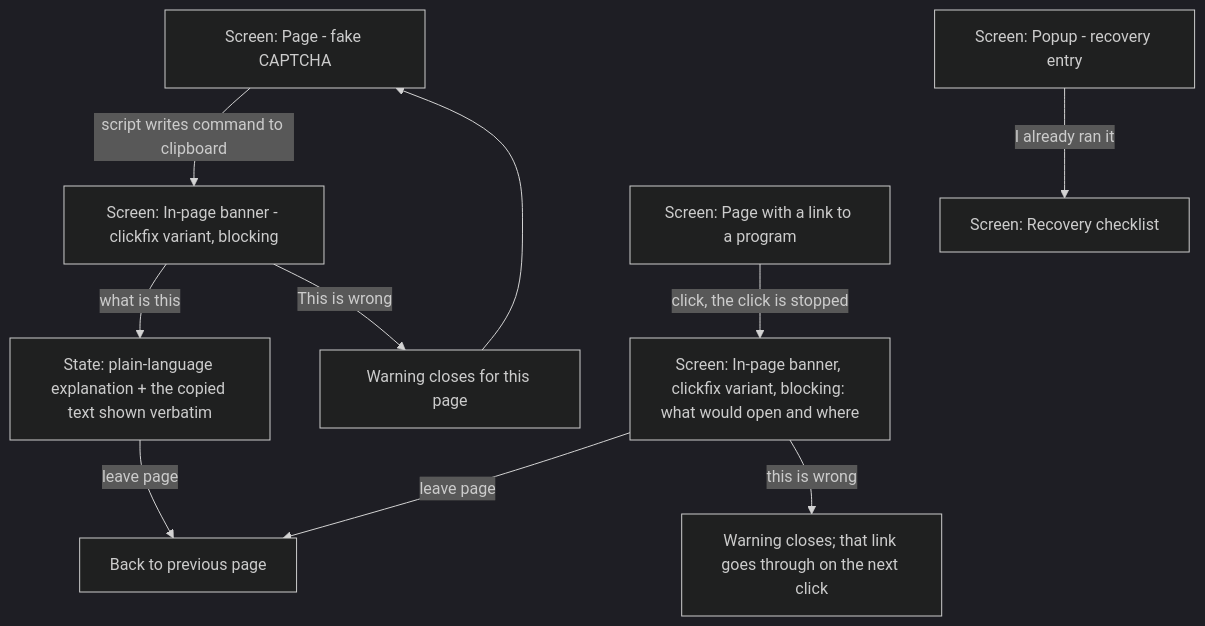
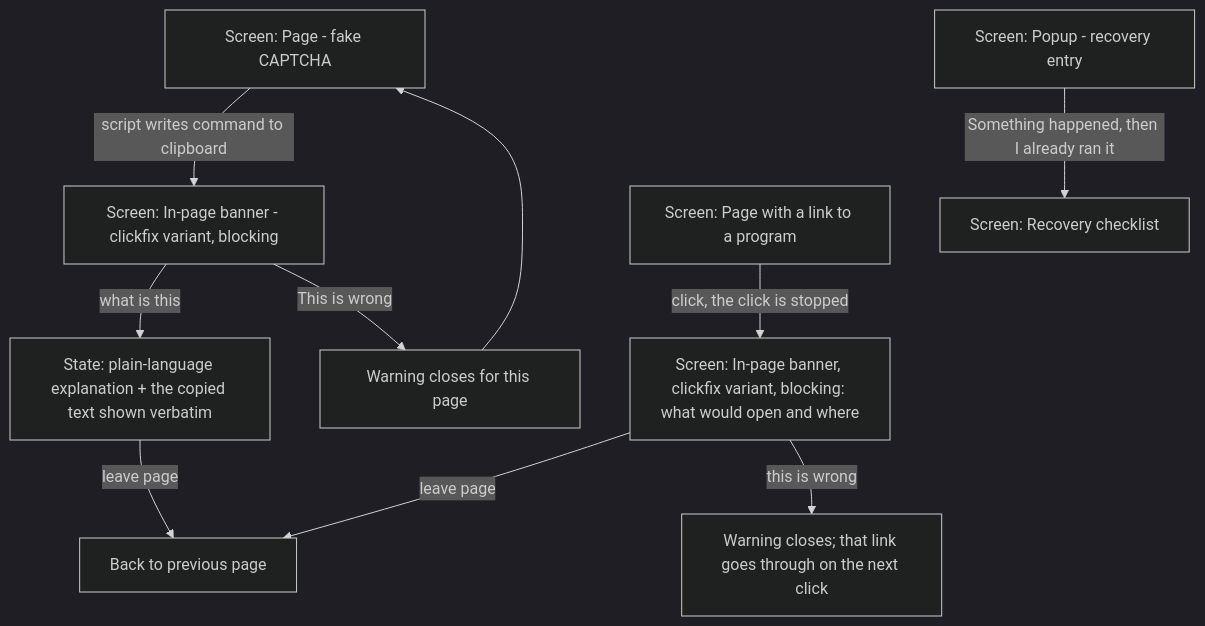
The sixth of 24 diagrams in docs/ux/flows.md (passioncode-ai/okolos), drawn with Mermaid (dark theme) before and after one commit. The commit also changed other lines of this file and 8 other files, not shown here.

Commit message:
fix(docs, journal): the N-107 risks: no file hash is said to leave, a deleted download is journalled, the flows say what the popup says (B-182)

````diff
--- a/docs/ux/flows.md
+++ b/docs/ux/flows.md
@@ -171,12 +171,12 @@
 ```mermaid
 flowchart TD
   A[Screen: Page - fake CAPTCHA] -->|script writes command to clipboard| B[Screen: In-page banner - clickfix variant, blocking]
   B -->|what is this| C[State: plain-language explanation + the copied text shown verbatim]
   C -->|leave page| D[Back to previous page]
   B -->|This is wrong| F[Warning closes for this page]
   F --> A
-  P[Screen: Popup - recovery entry] -->|I already ran it| E[Screen: Recovery checklist]
+  P[Screen: Popup - recovery entry] -->|Something happened, then I already ran it| E[Screen: Recovery checklist]
   G[Screen: Page with a link to a program] -->|click, the click is stopped| H[Screen: In-page banner, clickfix variant, blocking: what would open and where]
   H -->|leave page| D
   H -->|this is wrong| I[Warning closes; that link goes through on the next click]
 ```
````
